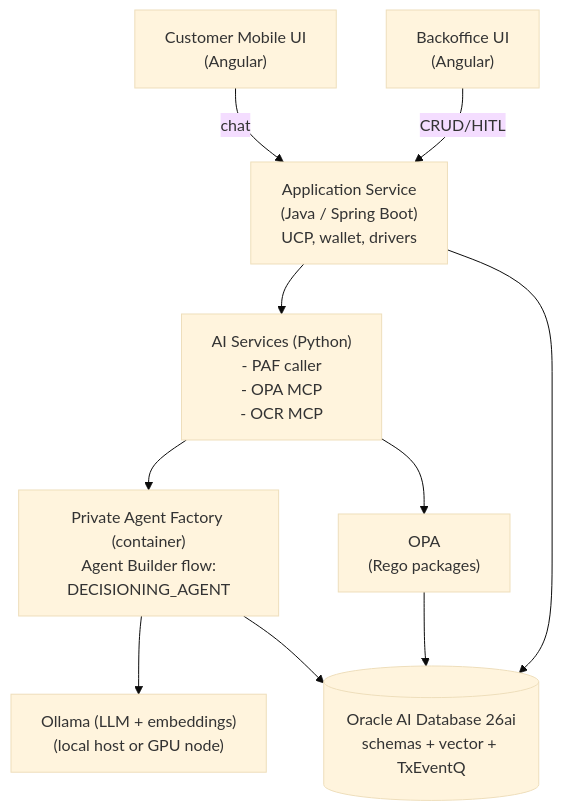
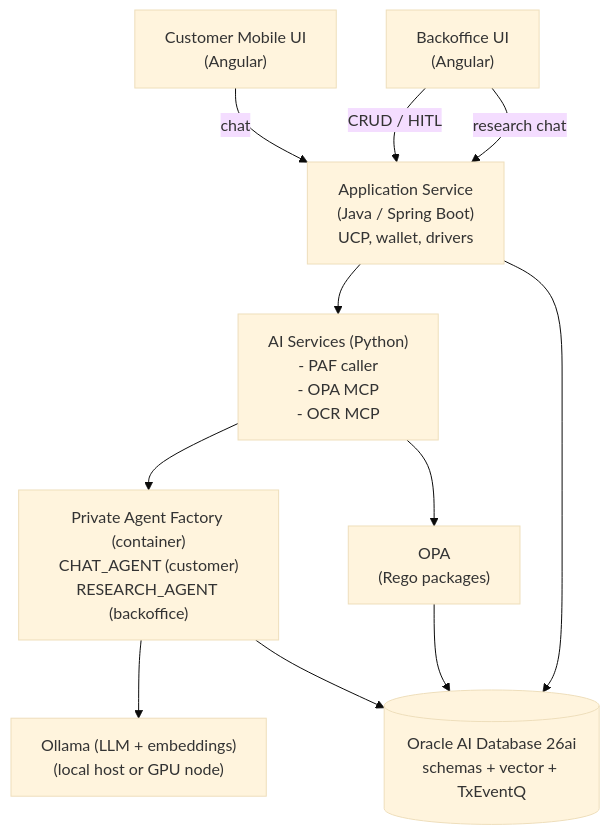
One commit to vmleon/oracle-database-private-agent-factory-poc changed the diagram in docs/DESIGN.md. Above: the diagram before and after it, drawn with Mermaid (base theme). The commit also changed other lines of this file and 4 other files, not shown here.

Commit message:
docs: pivot to hitl-always recommendation tiers + research agent

````diff
--- a/docs/DESIGN.md
+++ b/docs/DESIGN.md
@@ -40,21 +41,22 @@
 ```mermaid
 flowchart TB
     mobile["Customer Mobile UI<br/>(Angular)"]
     backoffice["Backoffice UI<br/>(Angular)"]
     appsvc["Application Service<br/>(Java / Spring Boot)<br/>UCP, wallet, drivers"]
     ai["AI Services (Python)<br/>- PAF caller<br/>- OPA MCP<br/>- OCR MCP"]
-    paf["Private Agent Factory (container)<br/>Agent Builder flow:<br/>DECISIONING_AGENT"]
+    paf["Private Agent Factory (container)<br/>CHAT_AGENT (customer)<br/>RESEARCH_AGENT (backoffice)"]
     opa["OPA<br/>(Rego packages)"]
     ollama["Ollama (LLM + embeddings)<br/>(local host or GPU node)"]
     db[("Oracle AI Database 26ai<br/>schemas + vector + TxEventQ")]
 
     mobile -- chat --> appsvc
-    backoffice -- CRUD/HITL --> appsvc
+    backoffice -- "CRUD / HITL" --> appsvc
+    backoffice -- "research chat" --> appsvc
     appsvc --> ai
     ai --> paf
     ai --> opa
     paf --> ollama
     paf --> db
     opa --> db
     appsvc --> db
 ```
````
